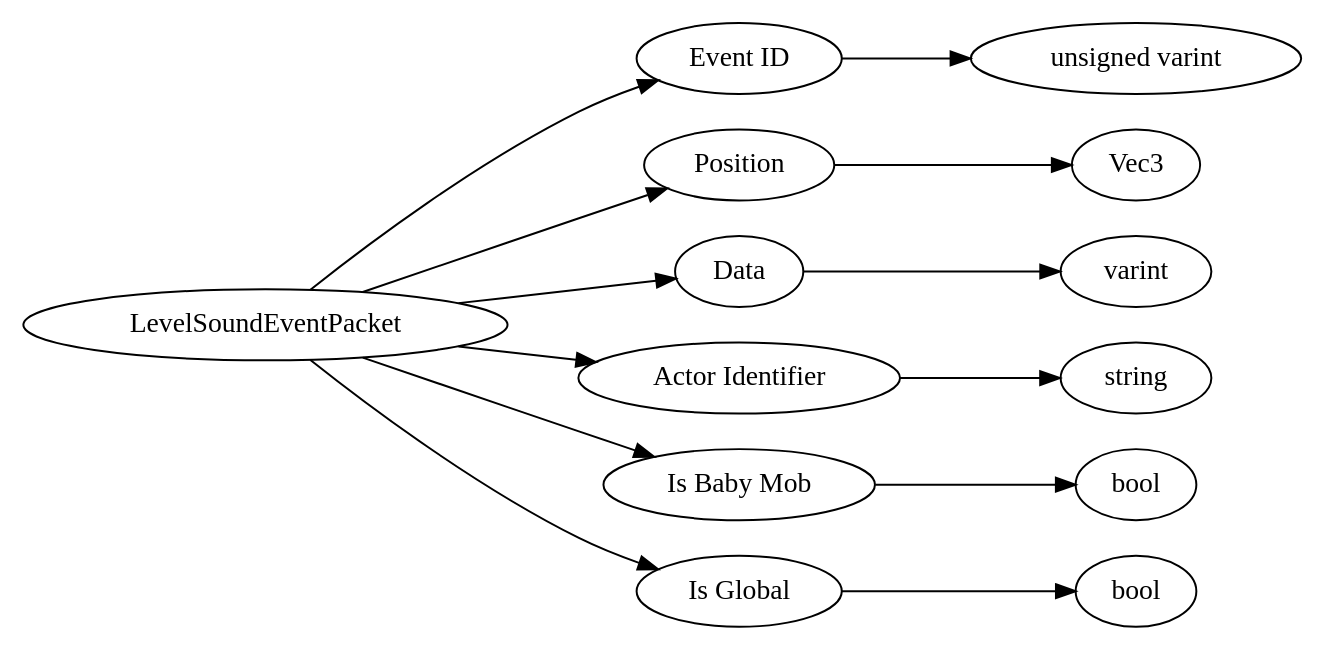
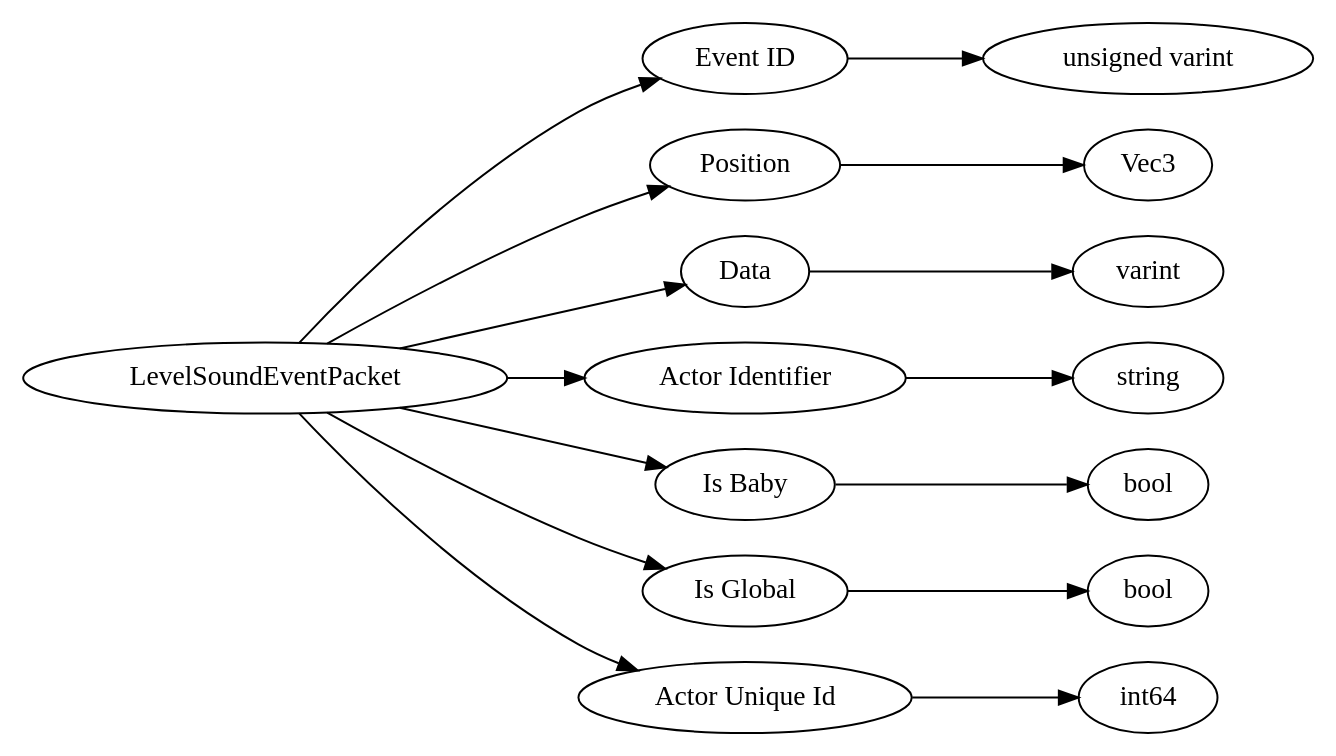
One commit to Mojang/bedrock-protocol-docs changed the diagram in dot/LevelSoundEventPacket.dot. Above: the diagram before and after it, drawn with Graphviz. The commit also changed 39 other files, not shown here.

```diff
--- a/dot/LevelSoundEventPacket.dot
+++ b/dot/LevelSoundEventPacket.dot
@@ -1,32 +1,36 @@
 digraph "LevelSoundEventPacket" {
 rankdir = LR
 0
 0 -> 1
 1 -> 2
 0 -> 3
 3 -> 4
 0 -> 5
 5 -> 6
 0 -> 7
 7 -> 8
 0 -> 9
 9 -> 10
 0 -> 11
 11 -> 12
+0 -> 13
+13 -> 14
 
 0 [label="LevelSoundEventPacket",comment="name: \"LevelSoundEventPacket\", typeName: \"\", id: 0, branchId: 123, recurseId: -1, attributes: 0, notes: \"\""];
 1 [label="Event ID",comment="name: \"Event ID\", typeName: \"\", id: 1, branchId: 0, recurseId: -1, attributes: 0, notes: \"\""];
 2 [label="unsigned varint",comment="name: \"unsigned varint\", typeName: \"\", id: 2, branchId: 0, recurseId: -1, attributes: 512, notes: \"\""];
 3 [label="Position",comment="name: \"Position\", typeName: \"Vec3\", id: 3, branchId: 0, recurseId: -1, attributes: 256, notes: \"\""];
 4 [label="Vec3",comment="name: \"Vec3\", typeName: \"\", id: 4, branchId: 0, recurseId: -1, attributes: 512, notes: \"\""];
 5 [label="Data",comment="name: \"Data\", typeName: \"\", id: 5, branchId: 0, recurseId: -1, attributes: 0, notes: \"\""];
 6 [label="varint",comment="name: \"varint\", typeName: \"\", id: 6, branchId: 0, recurseId: -1, attributes: 512, notes: \"\""];
 7 [label="Actor Identifier",comment="name: \"Actor Identifier\", typeName: \"\", id: 7, branchId: 0, recurseId: -1, attributes: 0, notes: \"\""];
 8 [label="string",comment="name: \"string\", typeName: \"\", id: 8, branchId: 0, recurseId: -1, attributes: 512, notes: \"\""];
-9 [label="Is Baby Mob",comment="name: \"Is Baby Mob\", typeName: \"\", id: 9, branchId: 0, recurseId: -1, attributes: 0, notes: \"\""];
+9 [label="Is Baby",comment="name: \"Is Baby\", typeName: \"\", id: 9, branchId: 0, recurseId: -1, attributes: 0, notes: \"\""];
 10 [label="bool",comment="name: \"bool\", typeName: \"\", id: 10, branchId: 0, recurseId: -1, attributes: 512, notes: \"\""];
 11 [label="Is Global",comment="name: \"Is Global\", typeName: \"\", id: 11, branchId: 0, recurseId: -1, attributes: 0, notes: \"\""];
 12 [label="bool",comment="name: \"bool\", typeName: \"\", id: 12, branchId: 0, recurseId: -1, attributes: 512, notes: \"\""];
-{ rank = max;2;4;6;8;10;12}
+13 [label="Actor Unique Id",comment="name: \"Actor Unique Id\", typeName: \"\", id: 13, branchId: 0, recurseId: -1, attributes: 0, notes: \"\""];
+14 [label="int64",comment="name: \"int64\", typeName: \"\", id: 14, branchId: 0, recurseId: -1, attributes: 512, notes: \"\""];
+{ rank = max;2;4;6;8;10;12;14}
 
 }
```
